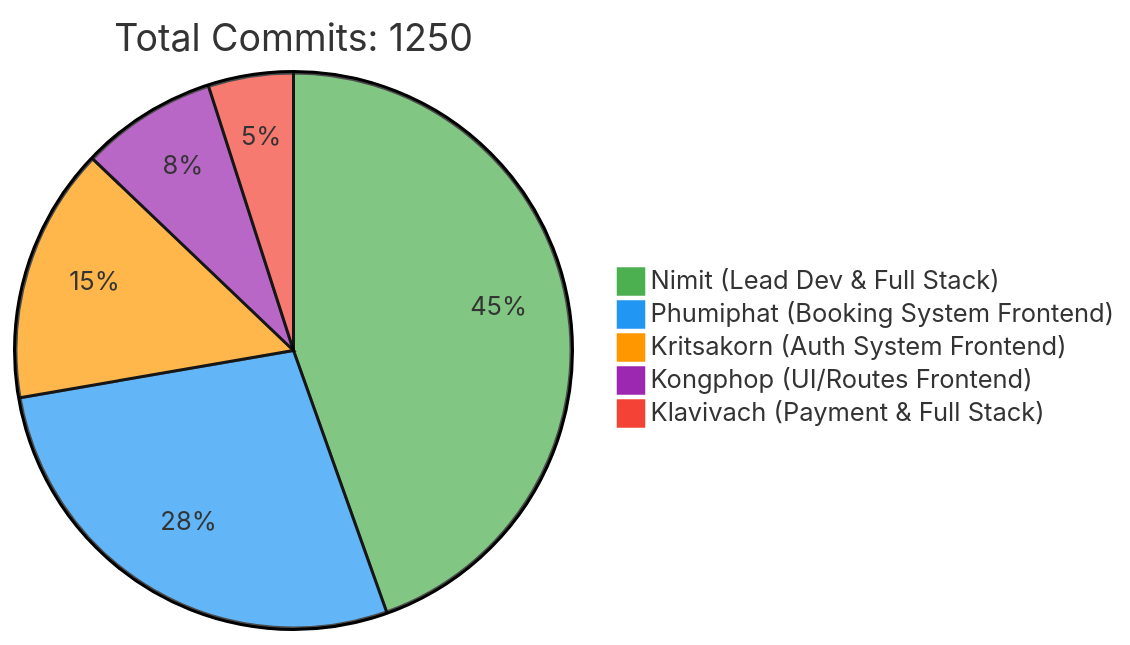
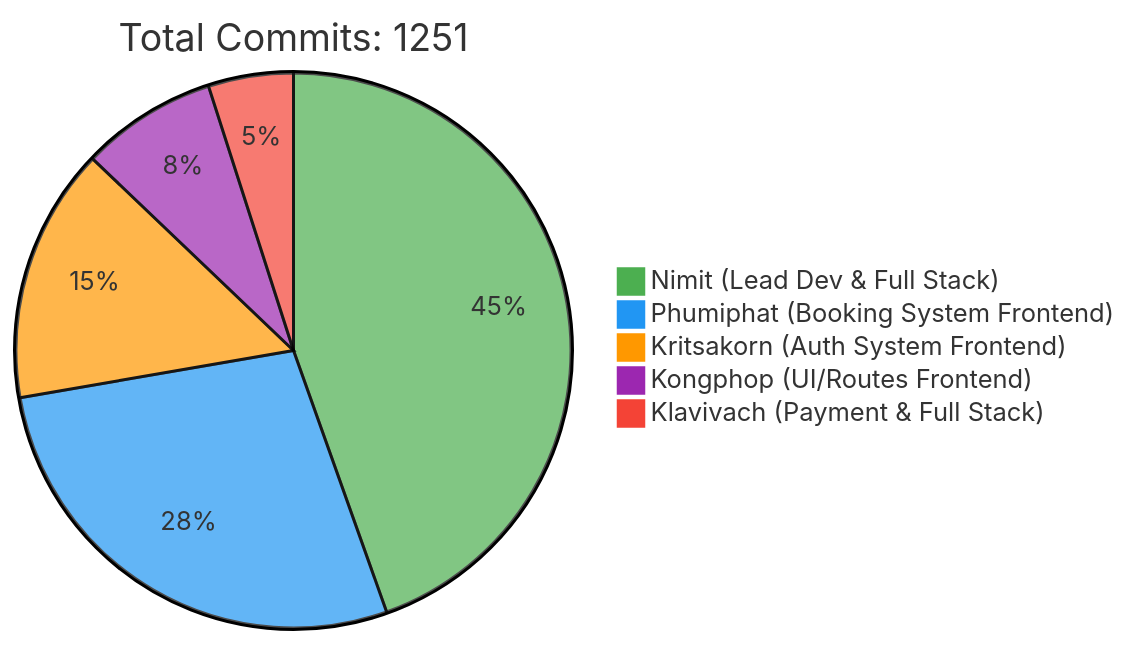
Before and after one commit to 6531503042/Sport-Complex: the first of 2 diagrams in README.md, drawn with Mermaid. The commit also changed other lines of this file, not shown here.

Commit message:
docs: Update contributor statistics [skip ci]

````diff
--- a/README.md
+++ b/README.md
@@ -257,10 +257,10 @@
 ```mermaid
 %%{init: {'theme': 'base', 'themeVariables': { 'pie1': '#4CAF50', 'pie2': '#2196F3', 'pie3': '#FF9800', 'pie4': '#9C27B0', 'pie5': '#F44336'}}}%%
 pie
-    title Total Commits: 1250
+    title Total Commits: 1251
     "Nimit (Lead Dev & Full Stack)" : 450
     "Phumiphat (Booking System Frontend)" : 280
     "Kritsakorn (Auth System Frontend)" : 150
     "Kongphop (UI/Routes Frontend)" : 80
     "Klavivach (Payment & Full Stack)" : 50
 ```
````
